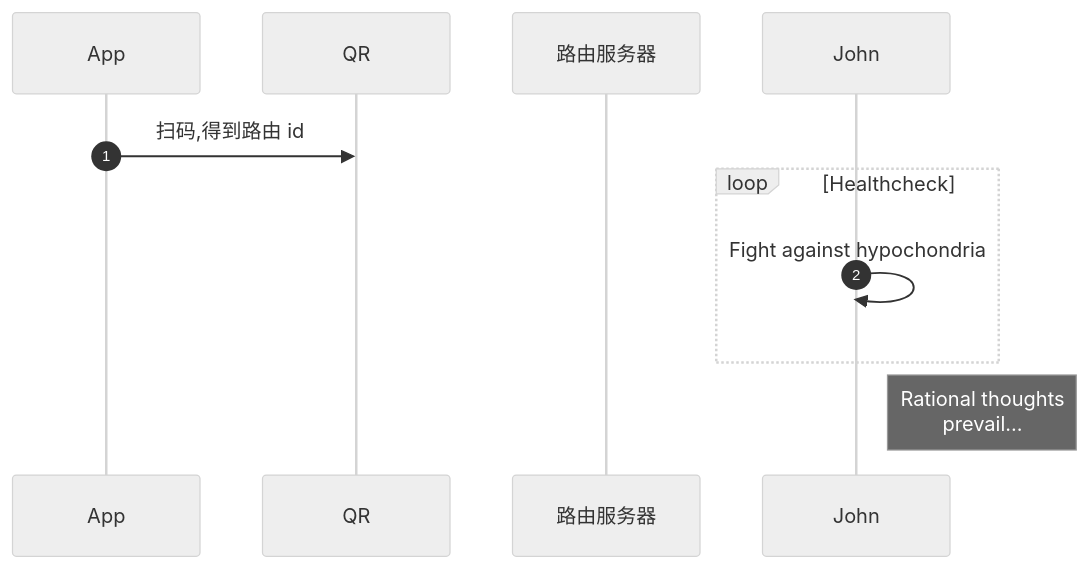
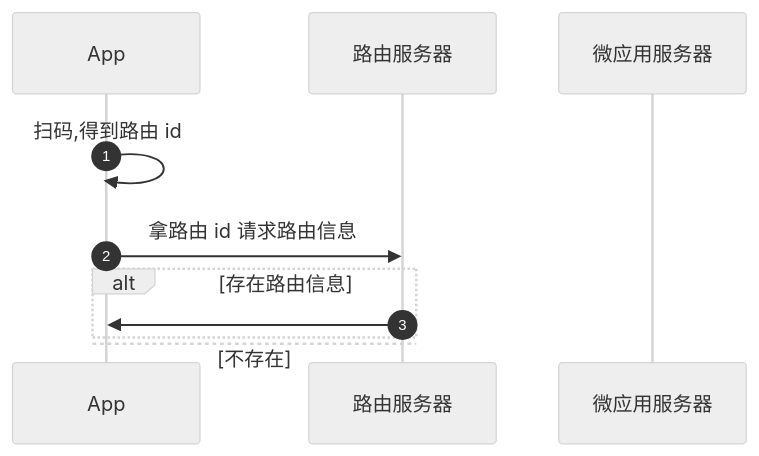
Before and after one commit to zk4/x-engine: the third of 5 diagrams in modules/x-engine-docs/todos-1.0.md, drawn with Mermaid (neutral theme).

Commit message:
docs(engine): update safe design

````diff
--- a/modules/x-engine-docs/todos-1.0.md
+++ b/modules/x-engine-docs/todos-1.0.md
@@ -281,14 +279,15 @@
 ``` mermaid
 sequenceDiagram
 	  autonumber
     participant a as App 
-    participant q as QR
     participant rs as 路由服务器
+    participant ms as 微应用服务器
    
-    a->>q: 扫码,得到路由 id 
-    loop Healthcheck
-        John->>John: Fight against hypochondria
+    a->>a: 扫码,得到路由 id 
+    a->>rs: 拿路由 id 请求路由信息
+    alt 存在路由信息
+    rs->>a: 
+    else 不存在
     end
-    Note right of John: Rational thoughts<br/>prevail...
-
+    
 ```
````
